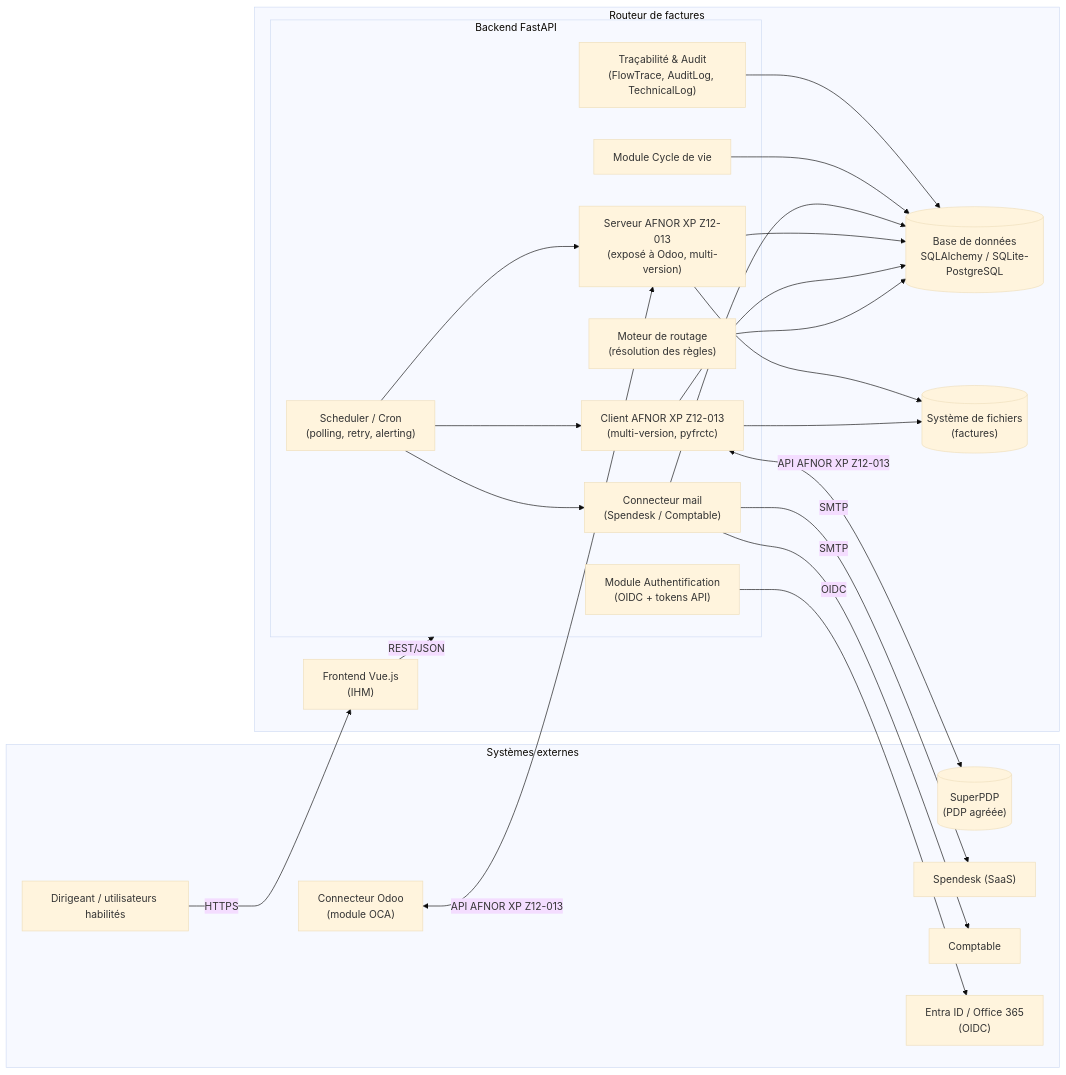
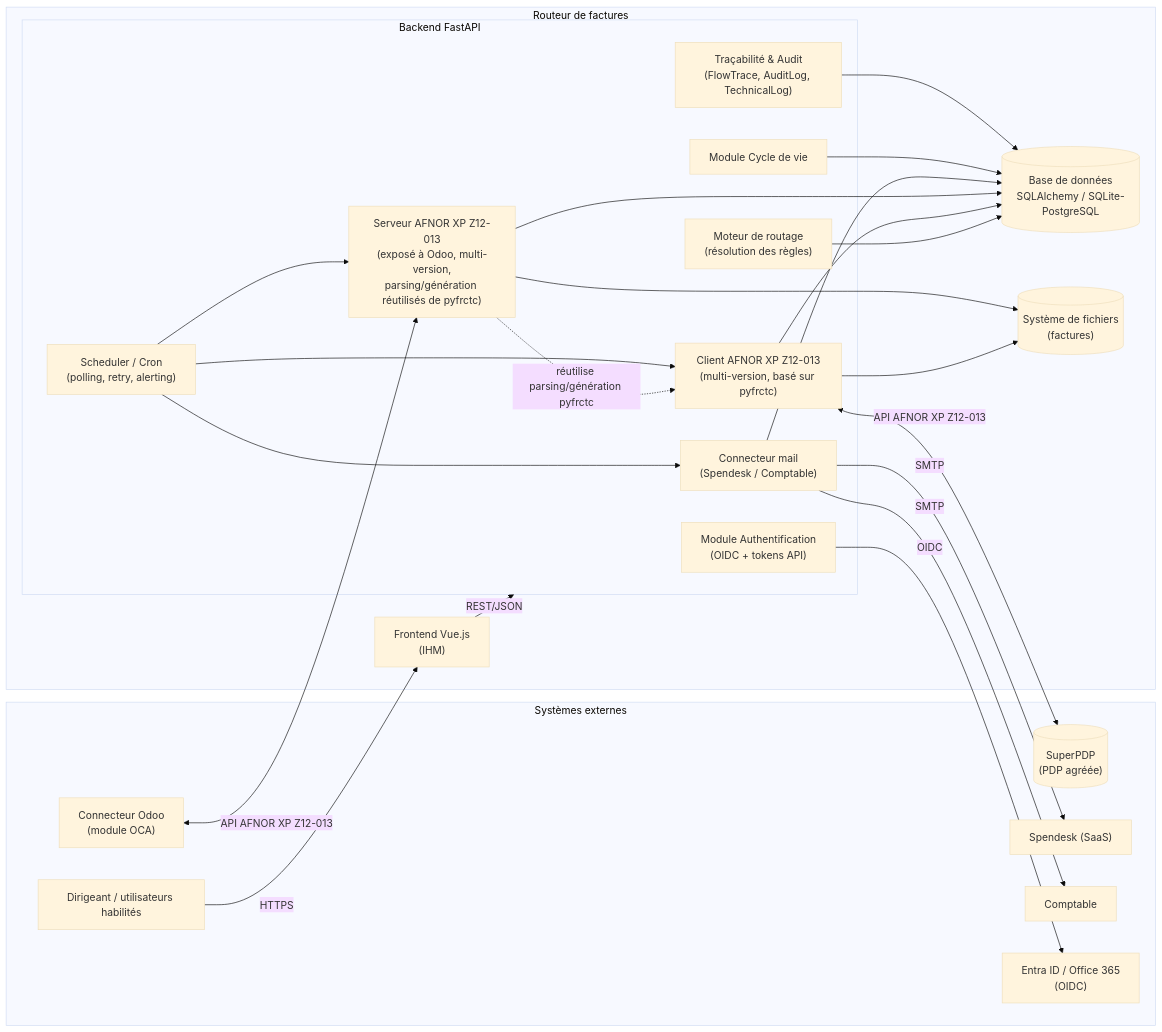
One commit to yuntux/einvoicing_router changed the second of 3 diagrams in spec.md. Above: the diagram before and after it, drawn with Mermaid (base theme). The commit also changed other lines of this file, not shown here.

Commit message:
Répercute la décision d'architecture AFNOR serveur sur les diagrammes
Le serveur AFNOR exposé à Odoo (AfnorServer/AfnorServerController)
réutilise la couche de parsing/génération de pyfrctc plutôt que de la
dupliquer (§ 4.8) : ajoute cette dépendance dans le diagramme de
composants (7.2) et distingue, dans le diagramme de classes applicatif
(7.3), le proxy fonctionnel des appels d'émission de la réutilisation
technique du parsing/génération.

Claude-Session: https://claude.ai/code/session_01HknPyrng5AuiN62ThRGDqj

````diff
--- a/spec.md
+++ b/spec.md
@@ -375,51 +375,52 @@
 ```mermaid
 flowchart LR
     subgraph Externes["Systèmes externes"]
         SuperPDP[("SuperPDP\n(PDP agréée)")]
         Odoo["Connecteur Odoo\n(module OCA)"]
         Spendesk["Spendesk (SaaS)"]
         Comptable["Comptable"]
         EntraID["Entra ID / Office 365\n(OIDC)"]
         Admins["Dirigeant / utilisateurs habilités"]
     end
 
     subgraph Routeur["Routeur de factures"]
         FE["Frontend Vue.js\n(IHM)"]
 
         subgraph API["Backend FastAPI"]
             Auth["Module Authentification\n(OIDC + tokens API)"]
             RoutingEngine["Moteur de routage\n(résolution des règles)"]
-            AfnorClient["Client AFNOR XP Z12-013\n(multi-version, pyfrctc)"]
-            AfnorServer["Serveur AFNOR XP Z12-013\n(exposé à Odoo, multi-version)"]
+            AfnorClient["Client AFNOR XP Z12-013\n(multi-version, basé sur pyfrctc)"]
+            AfnorServer["Serveur AFNOR XP Z12-013\n(exposé à Odoo, multi-version,\nparsing/génération réutilisés de pyfrctc)"]
             MailConnector["Connecteur mail\n(Spendesk / Comptable)"]
             Lifecycle["Module Cycle de vie"]
             Scheduler["Scheduler / Cron\n(polling, retry, alerting)"]
             Tracing["Traçabilité & Audit\n(FlowTrace, AuditLog, TechnicalLog)"]
         end
 
         DB[("Base de données\nSQLAlchemy / SQLite-PostgreSQL")]
         FS[("Système de fichiers\n(factures)")]
     end
 
     Admins -->|HTTPS| FE
     FE -->|REST/JSON| API
     Auth -->|OIDC| EntraID
 
     AfnorClient <-->|API AFNOR XP Z12-013| SuperPDP
     Odoo <-->|API AFNOR XP Z12-013| AfnorServer
+    AfnorServer -.->|réutilise parsing/génération pyfrctc| AfnorClient
     MailConnector -->|SMTP| Spendesk
     MailConnector -->|SMTP| Comptable
 
     Scheduler --> AfnorClient
     Scheduler --> MailConnector
     Scheduler --> AfnorServer
 
     RoutingEngine --> DB
     AfnorClient --> DB
     AfnorClient --> FS
     AfnorServer --> DB
     AfnorServer --> FS
     MailConnector --> DB
     Lifecycle --> DB
     Tracing --> DB
 ```
````
